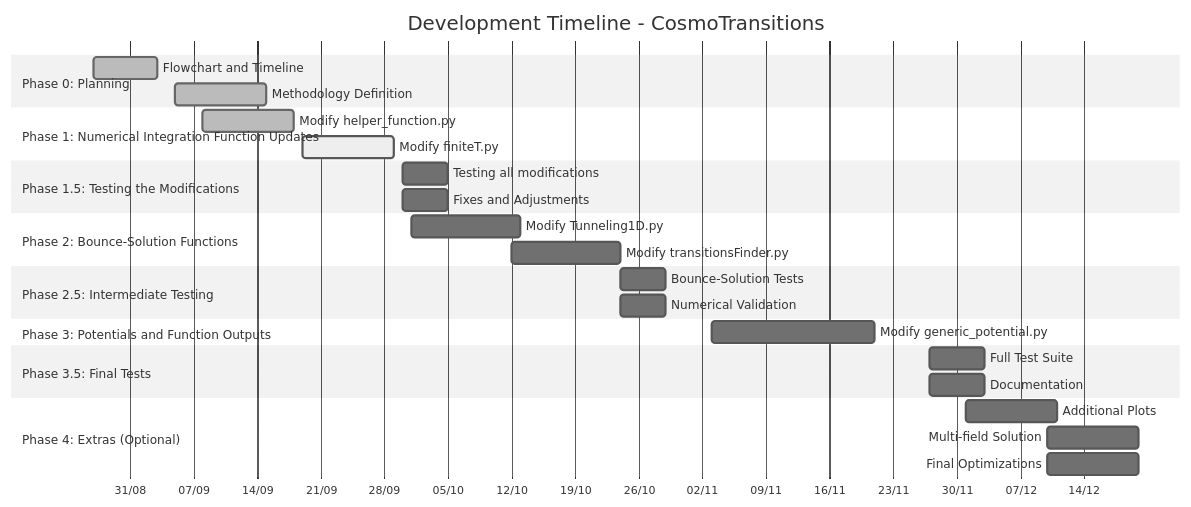
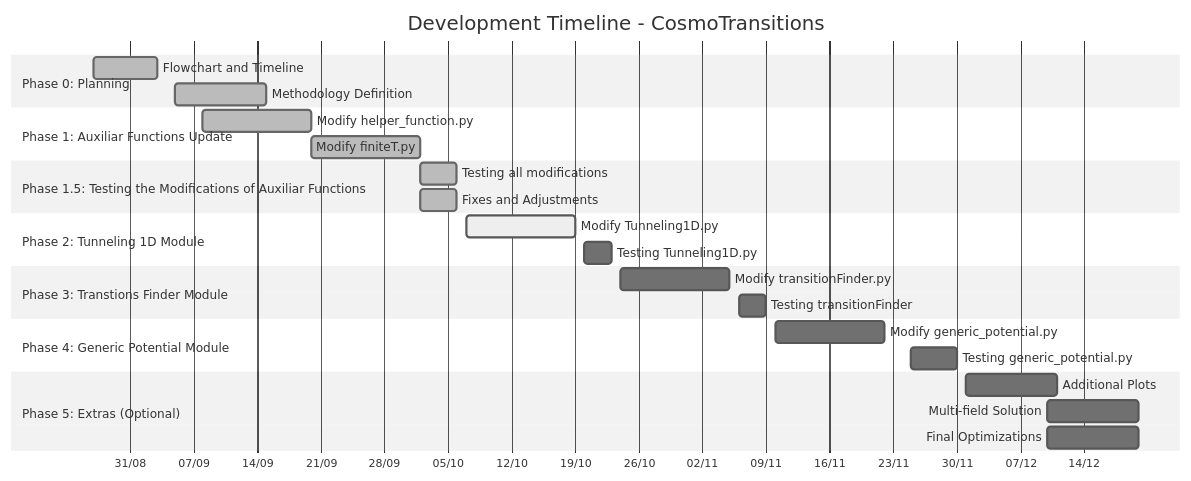
Before and after one commit to IgorStellet/GW_FOPT_Simulation: the first of 2 diagrams in docs/roadmap.md, drawn with Mermaid (neutral theme). The commit also changed other lines of this file and 1 other file, not shown here.

Commit message:
Improving README.md and roadmap.md before mark_3

````diff
--- a/docs/roadmap.md
+++ b/docs/roadmap.md
@@ -26,39 +26,36 @@
 ```mermaid
 gantt
     %%%%%%%%
     title Development Timeline - CosmoTransitions
     dateFormat  YYYY-MM-DD
     axisFormat  %d/%m
     
     section Phase 0: Planning
     Flowchart and Timeline          :done, 2025-08-27, 7d
     Methodology Definition          :done, 2025-09-05, 10d
     
-    section Phase 1: Numerical Integration Function Updates
-    Modify helper_function.py       :done, 2025-09-08, 10d
-    Modify finiteT.py               :active, 2025-09-19, 10d
+    section Phase 1: Auxiliar Functions Update
+    Modify helper_function.py       :done, 2025-09-08, 12d
+    Modify finiteT.py               :done, 2025-09-20, 12d
     
-    section Phase 1.5: Testing the Modifications
-    Testing all modifications       :2025-09-30, 5d
-    Fixes and Adjustments           :2025-09-30, 5d
+    section Phase 1.5: Testing the Modifications of Auxiliar Functions
+    Testing all modifications       :done,2025-10-02, 4d
+    Fixes and Adjustments           :done,2025-10-02, 4d
     
-    section Phase 2: Bounce-Solution Functions
-    Modify Tunneling1D.py           :2025-10-01, 12d
-    Modify transitionsFinder.py     :2025-10-12, 12d
+    section Phase 2: Tunneling 1D Module
+    Modify Tunneling1D.py           :active,2025-10-07, 12d
+    Testing Tunneling1D.py          :2025-10-20, 3d
     
-    section Phase 2.5: Intermediate Testing
-    Bounce-Solution Tests           :2025-10-24, 5d
-    Numerical Validation            :2025-10-24, 5d
+    section Phase 3: Transtions Finder Module
+    Modify transitionFinder.py      :2025-10-24, 12d      
+    Testing transitionFinder        :2025-11-06, 3d
     
-    section Phase 3: Potentials and Function Outputs
-    Modify generic_potential.py     :2025-11-03, 18d
+    section Phase 4: Generic Potential Module
+    Modify generic_potential.py     :2025-11-10, 12d
+    Testing generic_potential.py     :2025-11-25, 5d
     
-    section Phase 3.5: Final Tests
-    Full Test Suite                 :2025-11-27, 6d
-    Documentation                   :2025-11-27, 6d
-    
-    section Phase 4: Extras (Optional)
+    section Phase 5: Extras (Optional)
     Additional Plots                :2025-12-01, 10d
     Multi-field Solution            :2025-12-10, 10d
     Final Optimizations             :2025-12-10, 10d
 ```
````
